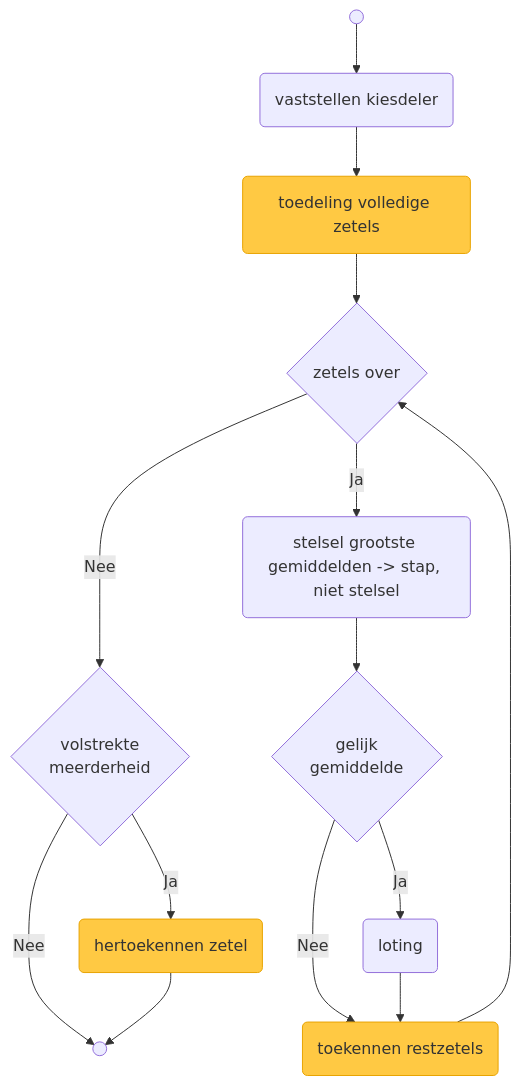
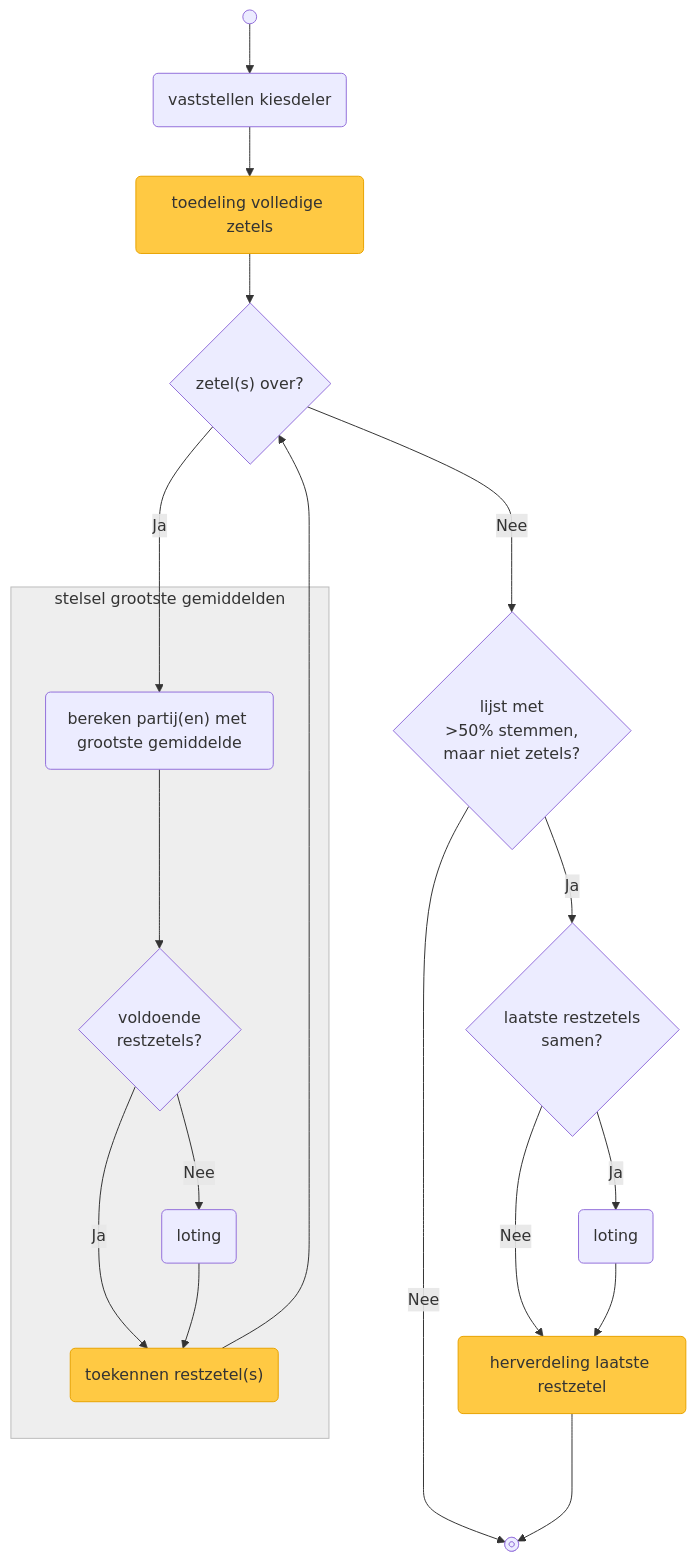
One commit to kiesraad/abacus-documentatie changed the diagram in verkiezingsproces/zetelverdeling-beslisboom.md. Above: the diagram before and after it, drawn with Mermaid. The commit also changed other lines of this file, not shown here.

Commit message:
improves flowchart for >= 19 seats

````diff
--- a/verkiezingsproces/zetelverdeling-beslisboom.md
+++ b/verkiezingsproces/zetelverdeling-beslisboom.md
@@ -9,54 +9,62 @@
 ```Mermaid
 flowchart
+    %% styling
+    classDef lijstuitputting fill:#ffc943,stroke:#e8a302
+    classDef greyFill fill:#eee,stroke:#bbb;
 
-    flow_start@{ shape: sm-circ }
-    flow_end@{ shape: sm-circ }
-
-    classDef lijstuitputting fill:#ffc943,stroke:#e8a302
+    %% elements
+    flow_start@{ shape: sm-circ, label: "start" }
+    flow_end@{ shape: framed-circle, label: "end" }
 
     vaststellen_kiesdeler(vaststellen kiesdeler)
 
     toedeling_volledige_zetels(toedeling volledige zetels)
     class toedeling_volledige_zetels lijstuitputting
 
-    zetels_over{zetels over}
+    zetels_over{"zetel(s) over?"}
 
-    stelsel_grootste_gemiddelden(stelsel grootste gemiddelden -> stap, niet stelsel)
+    bereken_partijen_met_grootste_gemiddelde("bereken partij(en) met grootste gemiddelde")
 
-    gelijk_gemiddelde{gelijk<br/>gemiddelde}
+    voldoende_restzetels{voldoende<br/>restzetels?}
+    loting_grootste_gemiddelden(loting)
+    toekennen_restzetels("toekennen restzetel(s)")
+    class toekennen_restzetels lijstuitputting
+    volstrekte_meerderheid{lijst met<br/>>50% stemmen,<br/>maar niet zetels?}
+    laatste_restzetels_samen{laatste restzetels<br/>samen?}
+    loting_abs_meerderheid(loting)
 
-    loting(loting)
-    toekennen_restzetels(toekennen restzetels)
-    class toekennen_restzetels lijstuitputting
-    volstrekte_meerderheid{volstrekte<br/>meerderheid}
+    herverdeling_laatste_restzetel(herverdeling laatste restzetel)
+    class herverdeling_laatste_restzetel lijstuitputting
 
-    hertoekenning_zetel(hertoekennen zetel)
-    class hertoekenning_zetel lijstuitputting
-
+    %% flow
     flow_start --> vaststellen_kiesdeler
     vaststellen_kiesdeler --> toedeling_volledige_zetels
 
     toedeling_volledige_zetels --> zetels_over
 
     zetels_over --->|Nee| volstrekte_meerderheid
 
-    zetels_over -->|Ja| stelsel_grootste_gemiddelden
+    zetels_over --->|Ja| bereken_partijen_met_grootste_gemiddelde
 
-    stelsel_grootste_gemiddelden --> gelijk_gemiddelde
-    
-    gelijk_gemiddelde -->|Nee| toekennen_restzetels
-
-    gelijk_gemiddelde -->|Ja| loting
+    subgraph grootste_gemiddelden["stelsel grootste gemiddelden"]
+        bereken_partijen_met_grootste_gemiddelde --> voldoende_restzetels
+        voldoende_restzetels -->|Ja| toekennen_restzetels
+        voldoende_restzetels -->|Nee| loting_grootste_gemiddelden
+        loting_grootste_gemiddelden --> toekennen_restzetels        
+    end
+    class grootste_gemiddelden greyFill;
 
     toekennen_restzetels --> zetels_over
 
-    loting --> toekennen_restzetels
+    volstrekte_meerderheid -->|Ja| laatste_restzetels_samen
 
-    volstrekte_meerderheid -->|Ja| hertoekenning_zetel
+    laatste_restzetels_samen -->|Ja| loting_abs_meerderheid
+    laatste_restzetels_samen -->|Nee| herverdeling_laatste_restzetel
 
-    volstrekte_meerderheid -->|Nee| flow_end
+    loting_abs_meerderheid --> herverdeling_laatste_restzetel
 
-    hertoekenning_zetel --> flow_end
+    volstrekte_meerderheid --->|Nee| flow_end
 
+    herverdeling_laatste_restzetel ---> flow_end
 
 ```
````
